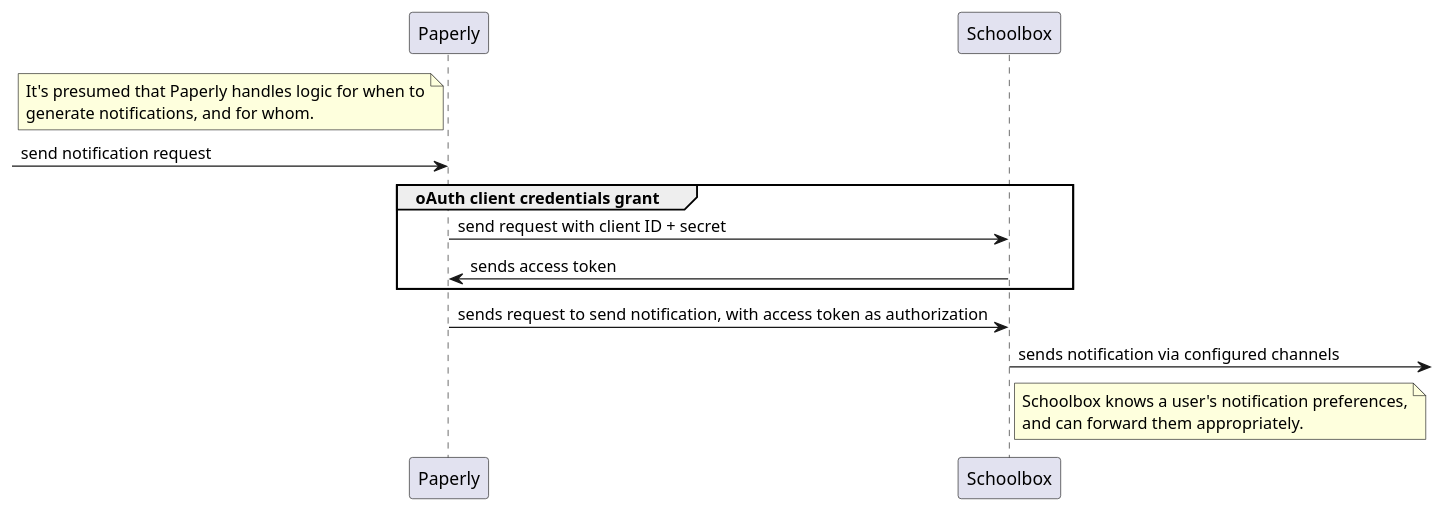
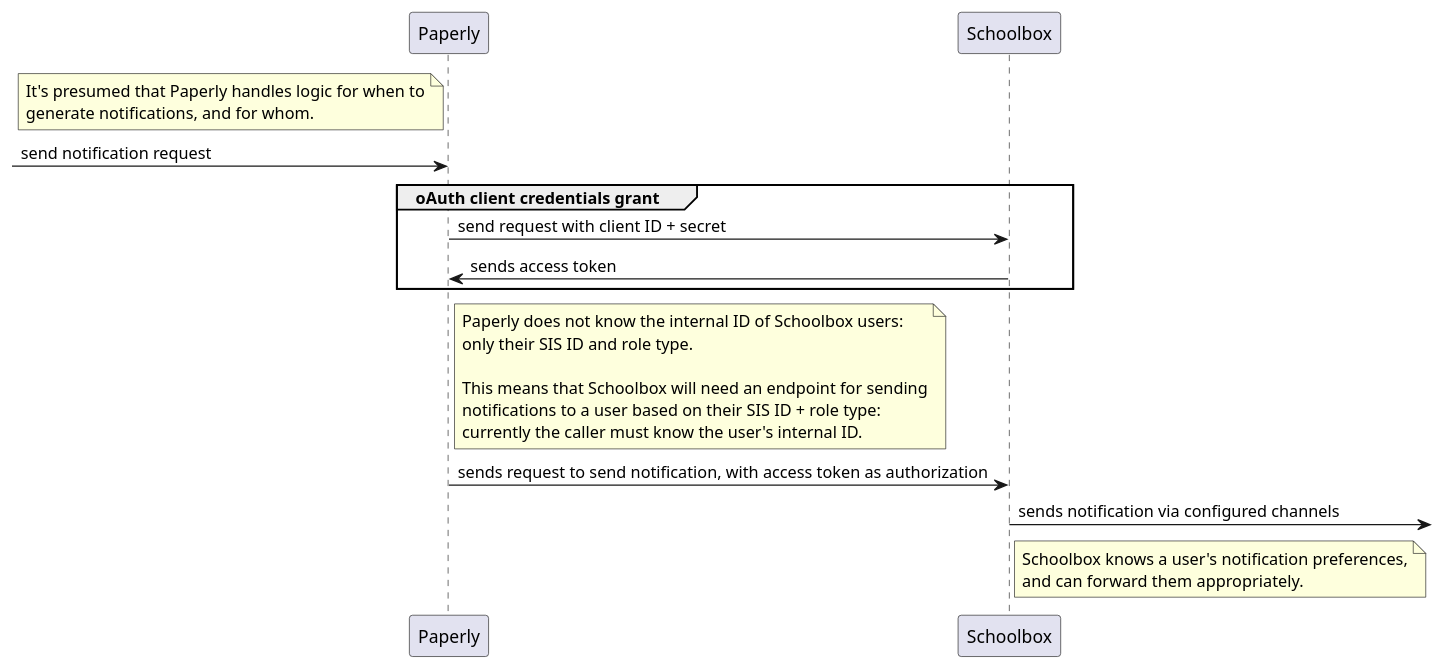
Before and after one commit to juliaattrevisan/schoolbox-api-docs: the diagram in library/Schoolbox/Oidc/Provider/notification.plantuml, drawn with PlantUML. The commit also changed 1 other file, not shown here.

Commit message:
Add note about what Paperly knows [SA-17368]

```diff
--- a/library/Schoolbox/Oidc/Provider/notification.plantuml
+++ b/library/Schoolbox/Oidc/Provider/notification.plantuml
@@ -1,22 +1,32 @@
 @startuml
 'https://plantuml.com/sequence-diagram
 
 note left of Paperly
   It's presumed that Paperly handles logic for when to
   generate notifications, and for whom.
 end note
 
 [-> Paperly : send notification request
 
 group oAuth client credentials grant
     Paperly -> Schoolbox : send request with client ID + secret
     Schoolbox -> Paperly : sends access token
 end
+
+note right of Paperly
+  Paperly does not know the internal ID of Schoolbox users:
+  only their SIS ID and role type.
+
+  This means that Schoolbox will need an endpoint for sending
+  notifications to a user based on their SIS ID + role type:
+  currently the caller must know the user's internal ID.
+end note
+
 Paperly -> Schoolbox : sends request to send notification, with access token as authorization
 Schoolbox ->]: sends notification via configured channels
 note right of Schoolbox
   Schoolbox knows a user's notification preferences,
   and can forward them appropriately.
 end note
 
 @enduml
```
